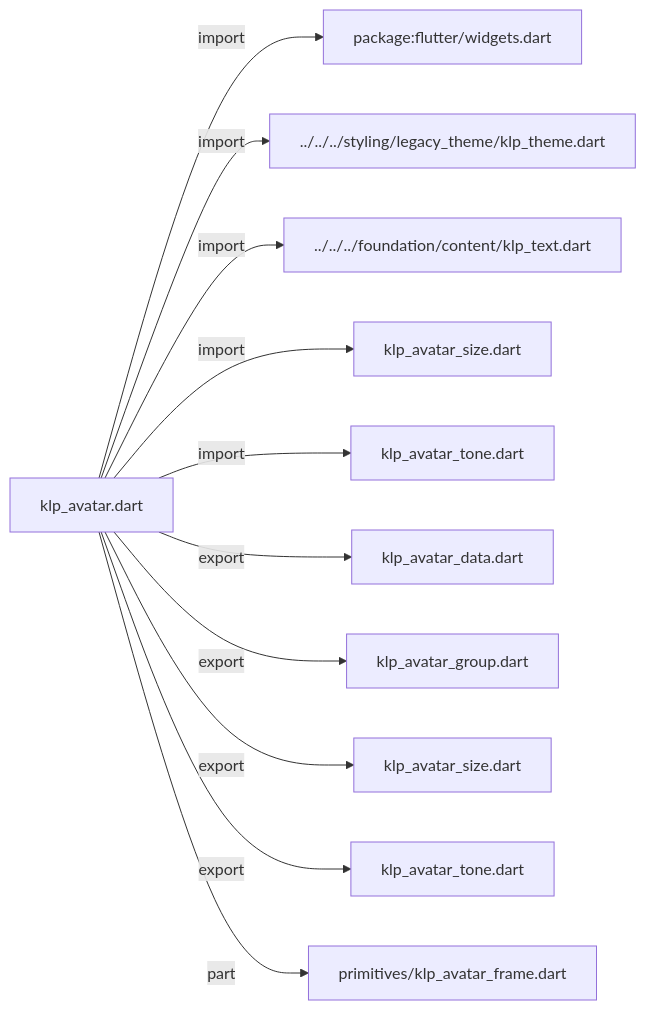
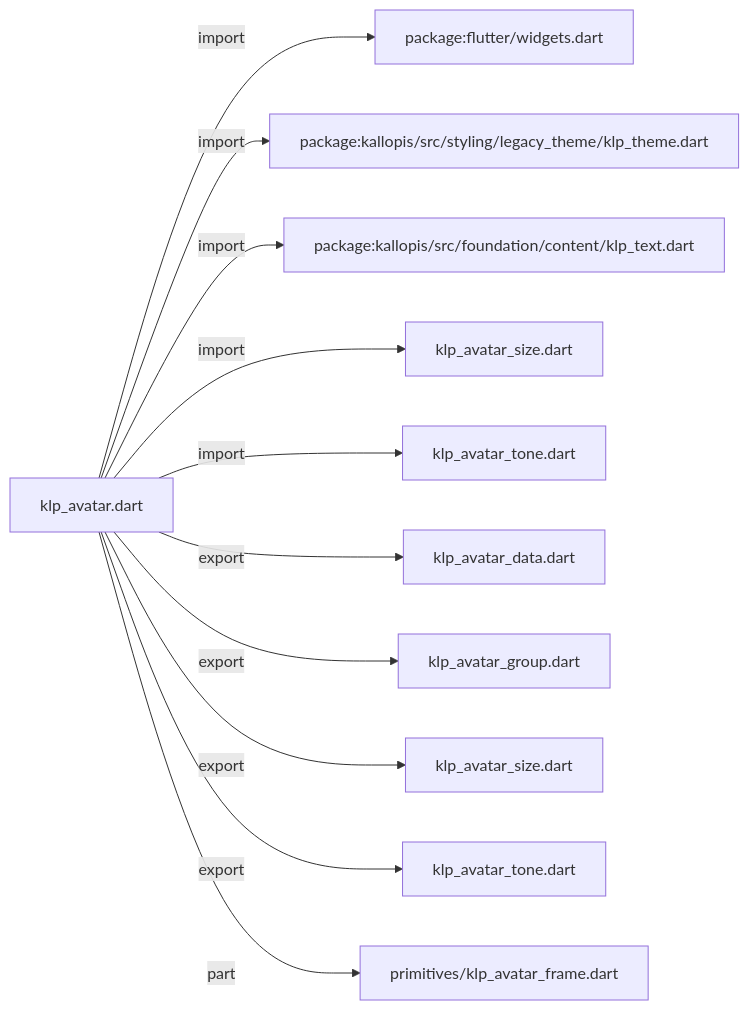
Before and after one commit to MiuDog/Kallopis: the first of 3 diagrams in docs/architecture/src/features/collections/avatar/klp_avatar.md, drawn with Mermaid. The commit also changed other lines of this file and 9688 other files, not shown here.

Commit message:
Prepare isolated Flow F2 peer baseline

````diff
--- a/docs/architecture/src/features/collections/avatar/klp_avatar.md
+++ b/docs/architecture/src/features/collections/avatar/klp_avatar.md
@@ -11,24 +11,24 @@
 ```mermaid
 flowchart LR
 	n0["klp_avatar.dart"]
 	n1["package:flutter/widgets.dart"]
-	n2["../../../styling/legacy_theme/klp_theme.dart"]
-	n3["../../../foundation/content/klp_text.dart"]
+	n2["package:kallopis/src/styling/legacy_theme/klp_theme.dart"]
+	n3["package:kallopis/src/foundation/content/klp_text.dart"]
 	n4["klp_avatar_size.dart"]
 	n5["klp_avatar_tone.dart"]
 	n6["klp_avatar_data.dart"]
 	n7["klp_avatar_group.dart"]
 	n8["klp_avatar_size.dart"]
 	n9["klp_avatar_tone.dart"]
 	n10["primitives/klp_avatar_frame.dart"]
 	n0 -->|"import"| n1
 	n0 -->|"import"| n2
 	n0 -->|"import"| n3
 	n0 -->|"import"| n4
 	n0 -->|"import"| n5
 	n0 -->|"export"| n6
 	n0 -->|"export"| n7
 	n0 -->|"export"| n8
 	n0 -->|"export"| n9
 	n0 -->|"part"| n10
 ```
````
